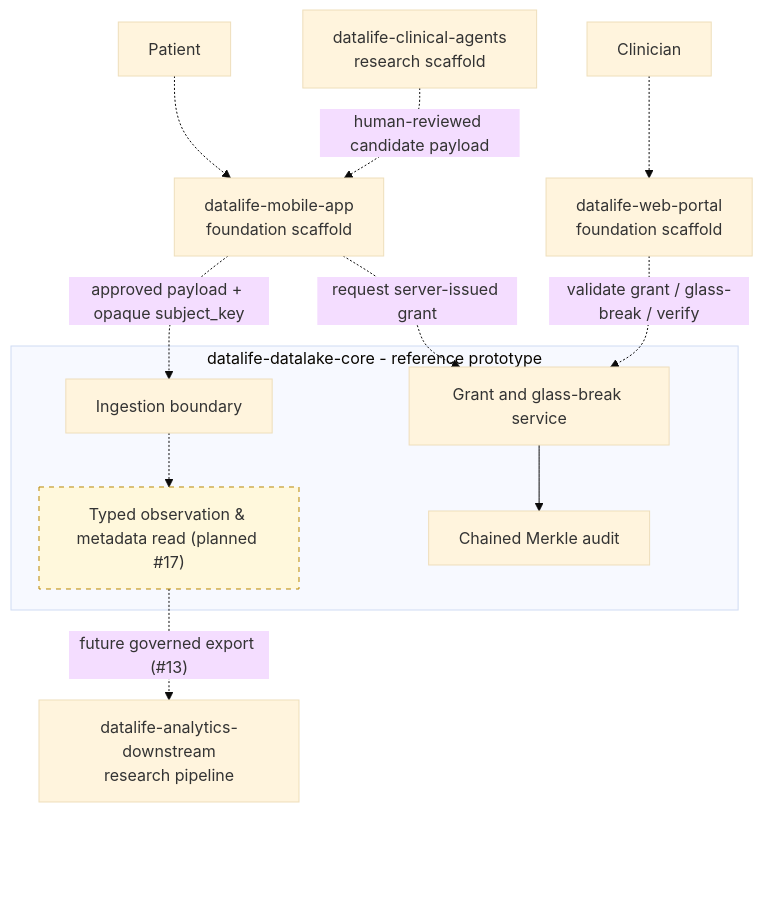
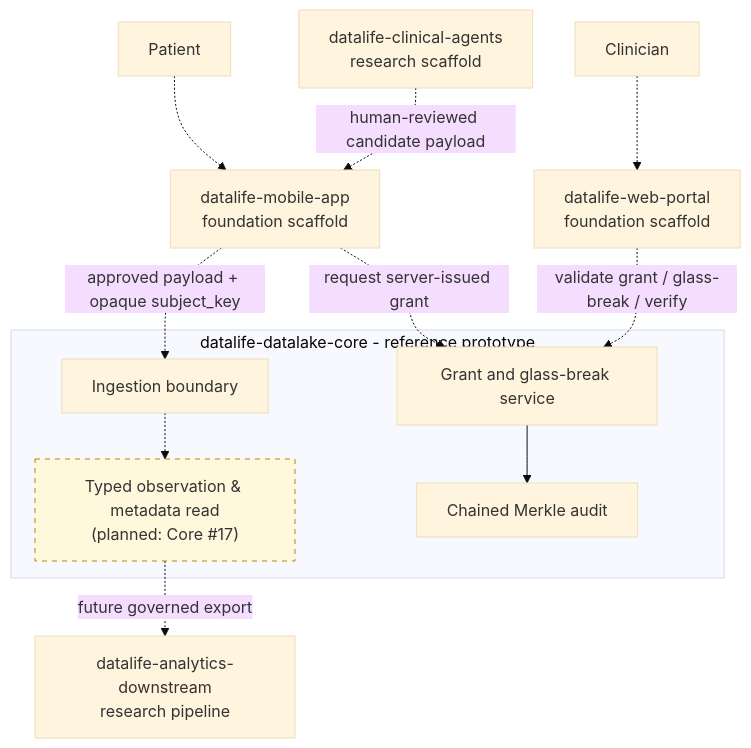
One commit to datalife-ehealth/.github changed the diagram in profile/README.md. Above: the diagram before and after it, drawn with Mermaid (base theme). The commit also changed other lines of this file, not shown here.

Commit message:
docs(profile): compact Mermaid architecture diagram

````diff
--- a/profile/README.md
+++ b/profile/README.md
@@ -51,30 +51,27 @@
 ```mermaid
-%%{init: {"flowchart": {"diagramPadding": 32, "nodeSpacing": 36, "rankSpacing": 42}}}%%
+%%{init: {"flowchart": {"diagramPadding": 16, "nodeSpacing": 28, "rankSpacing": 34}}}%%
 flowchart TB
     Patient[Patient] -.-> Mobile["datalife-mobile-app<br/>foundation scaffold"]
     Clinician[Clinician] -.-> Web["datalife-web-portal<br/>foundation scaffold"]
 
     subgraph CoreRepo["datalife-datalake-core - reference prototype"]
         Ingest[Ingestion boundary]
-        ObsStore["Typed observation & metadata read (planned #17)"]
+        ObsStore["Typed observation & metadata read<br/>(planned: Core #17)"]
         Grants[Grant and glass-break service]
         Audit[Chained Merkle audit]
         Ingest -.-> ObsStore
         Grants --> Audit
     end
 
     Mobile -. "approved payload + opaque subject_key" .-> Ingest
     Mobile -. "request server-issued grant" .-> Grants
     Web -. "validate grant / glass-break / verify" .-> Grants
 
     Agents["datalife-clinical-agents<br/>research scaffold"]
     Analytics["datalife-analytics-downstream<br/>research pipeline"]
     Agents -. "human-reviewed candidate payload" .-> Mobile
-    ObsStore -. "future governed export (#13)" .-> Analytics
+    ObsStore -. "future governed export" .-> Analytics
 
-    Analytics ~~~ ViewerControlSafeArea["viewer controls safe area"]
-    classDef layoutSpacer fill:transparent,stroke:transparent,color:transparent;
     classDef planned fill:#fff8dc,stroke:#b88700,stroke-dasharray: 5 5;
-    class ViewerControlSafeArea layoutSpacer;
     class ObsStore planned;
 ```
````
